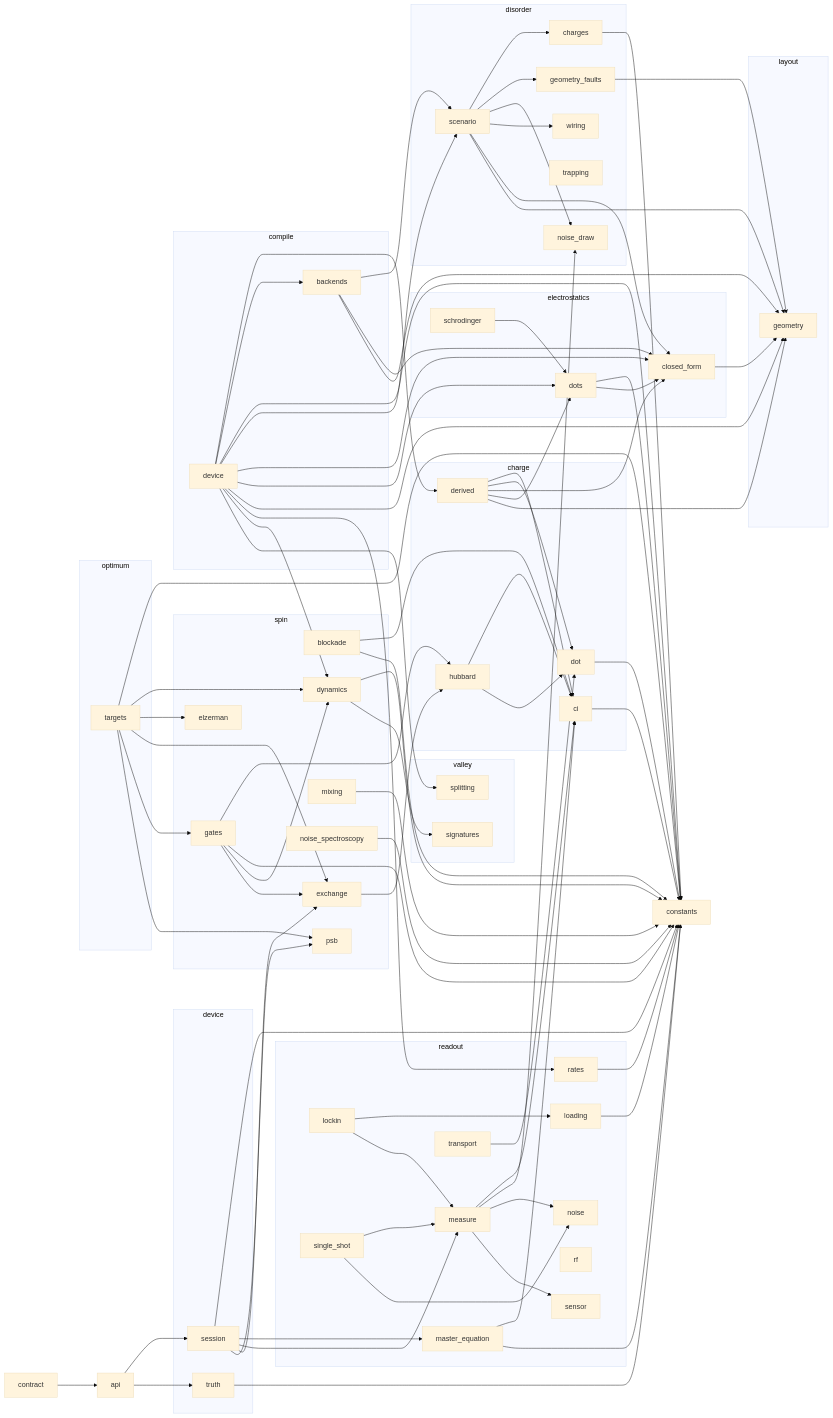
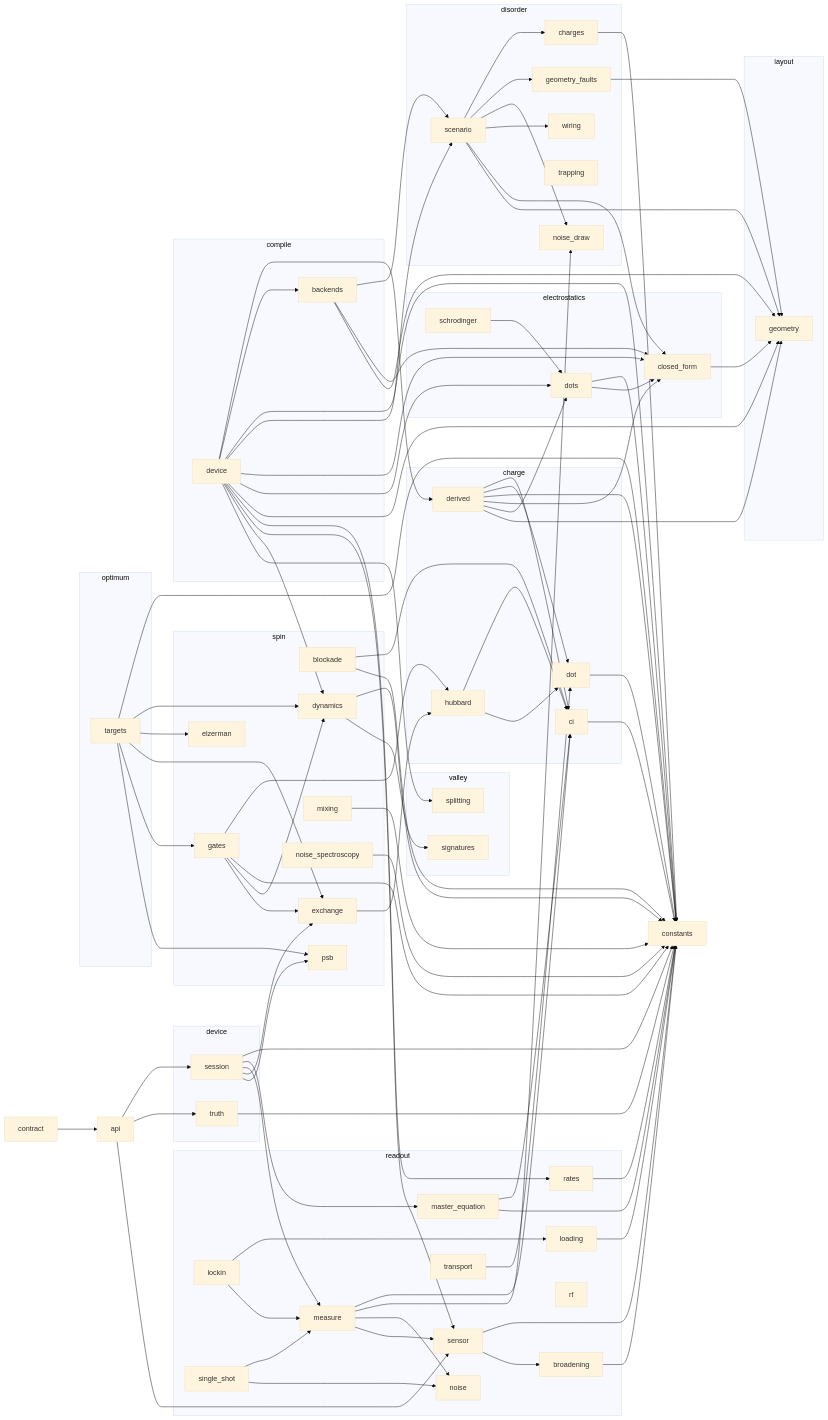
Before and after one commit to CowboyQuantum/phantom: the second of 2 diagrams in docs/MODELS.md, drawn with Mermaid (base theme). The commit also changed other lines of this file and 73 other files, not shown here.

First line of the commit message:
feat(layout,charge,readout,compile,device): the sensor dot's own barriers and bath (0.3.0)

```diff
--- a/docs/MODELS.md
+++ b/docs/MODELS.md
@@ -267,6 +269,7 @@
     charge_hubbard["hubbard"]
   end
   subgraph readout
+    readout_broadening["broadening"]
     readout_loading["loading"]
     readout_lockin["lockin"]
     readout_master_equation["master_equation"]
@@ -301,9 +304,11 @@
   end
   api --> device_session
   api --> device_truth
+  api --> readout_sensor
   charge_ci --> constants
   charge_derived --> charge_ci
   charge_derived --> charge_dot
+  charge_derived --> constants
   charge_derived --> electrostatics_closed_form
   charge_derived --> electrostatics_dots
   charge_derived --> layout_geometry
@@ -321,6 +326,7 @@
   compile_device --> electrostatics_dots
   compile_device --> layout_geometry
   compile_device --> readout_rates
+  compile_device --> readout_sensor
   compile_device --> spin_dynamics
   compile_device --> valley_splitting
   contract --> api
@@ -348,6 +354,7 @@
   optimum_targets --> spin_exchange
   optimum_targets --> spin_gates
   optimum_targets --> spin_psb
+  readout_broadening --> constants
   readout_loading --> constants
   readout_lockin --> readout_loading
   readout_lockin --> readout_measure
@@ -358,6 +365,8 @@
   readout_measure --> readout_noise
   readout_measure --> readout_sensor
   readout_rates --> constants
+  readout_sensor --> constants
+  readout_sensor --> readout_broadening
   readout_single_shot --> readout_measure
   readout_single_shot --> readout_noise
   readout_transport --> charge_dot
```
